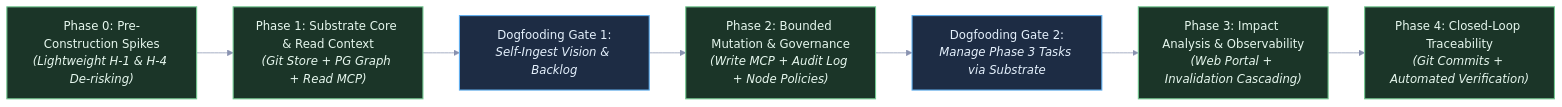
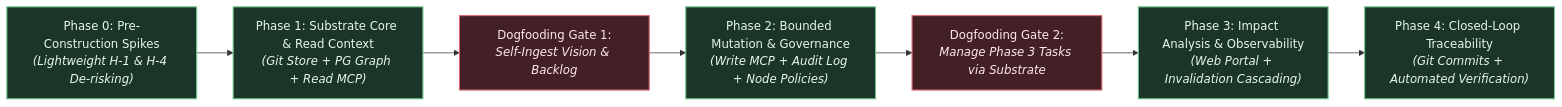
One commit to Shapedsundew9/tks changed the first of 3 diagrams in docs/vision/strategic-planning-backlog.md. Above: the diagram before and after it, drawn with Mermaid. The commit also changed other lines of this file and 8 other files, not shown here.

````diff
--- a/docs/vision/strategic-planning-backlog.md
+++ b/docs/vision/strategic-planning-backlog.md
@@ -33,31 +33,44 @@
 ```mermaid
 %%{init: {
   'theme': 'base',
   'themeVariables': {
     'darkMode': true,
     'background': '#161922',
     'mainBkg': '#1e2230',
     'nodeBorder': '#434c5e',
     'textColor': '#e2e8f0',
-    'fontFamily': 'ui-sans-serif, system-ui, sans-serif',
+    'fontFamily': 'ui-sans-serif, system-ui, -apple-system, BlinkMacSystemFont, "Segoe UI", Roboto, "Helvetica Neue", Arial, sans-serif',
+    'fontSize': '14px',
     'lineColor': '#8892b0',
-    'primaryColor': '#1b3528',
-    'primaryBorderColor': '#73c991',
-    'secondaryColor': '#1d2c44',
-    'secondaryBorderColor': '#61afef'
+    'primaryColor': '#422026',
+    'primaryTextColor': '#fde8ec',
+    'primaryBorderColor': '#e06c75',
+    'secondaryColor': '#1b3528',
+    'secondaryTextColor': '#e6f7ee',
+    'secondaryBorderColor': '#73c991',
+    'tertiaryColor': '#1d2c44',
+    'tertiaryTextColor': '#e4f0fc',
+    'tertiaryBorderColor': '#61afef',
+    'clusterBkg': '#13161f',
+    'clusterBorder': '#373e51',
+    'noteBkgColor': '#2e271a',
+    'noteTextColor': '#fdf4db',
+    'noteBorderColor': '#e5c07b',
+    'edgeLabelBackground': '#1a1d27'
   }
 }}%%
 flowchart LR
-    classDef phase fill:#1b3528,stroke:#73c991,stroke-width:1.5px,color:#e6f7ee;
-    classDef gate fill:#1d2c44,stroke:#61afef,stroke-width:1.5px,color:#e4f0fc;
+    classDef primary fill:#422026,stroke:#e06c75,stroke-width:1.5px,color:#fde8ec;
+    classDef secondary fill:#1b3528,stroke:#73c991,stroke-width:1.5px,color:#e6f7ee;
+    classDef tertiary fill:#1d2c44,stroke:#61afef,stroke-width:1.5px,color:#e4f0fc;
 
-    P0["Phase 0: Pre-Construction Spikes<br/><i>(Lightweight H-1 & H-4 De-risking)</i>"]:::phase
-    P1["Phase 1: Substrate Core & Read Context<br/><i>(Git Store + PG Graph + Read MCP)</i>"]:::phase
-    G1["Dogfooding Gate 1:<br/><i>Self-Ingest Vision & Backlog</i>"]:::gate
-    P2["Phase 2: Bounded Mutation & Governance<br/><i>(Write MCP + Audit Log + Node Policies)</i>"]:::phase
-    G2["Dogfooding Gate 2:<br/><i>Manage Phase 3 Tasks via Substrate</i>"]:::gate
-    P3["Phase 3: Impact Analysis & Observability<br/><i>(Web Portal + Invalidation Cascading)</i>"]:::phase
-    P4["Phase 4: Closed-Loop Traceability<br/><i>(Git Commits + Automated Verification)</i>"]:::phase
+    P0["Phase 0: Pre-Construction Spikes<br/><i>(Lightweight H-1 & H-4 De-risking)</i>"]:::secondary
+    P1["Phase 1: Substrate Core & Read Context<br/><i>(Git Store + PG Graph + Read MCP)</i>"]:::secondary
+    G1["Dogfooding Gate 1:<br/><i>Self-Ingest Vision & Backlog</i>"]:::primary
+    P2["Phase 2: Bounded Mutation & Governance<br/><i>(Write MCP + Audit Log + Node Policies)</i>"]:::secondary
+    G2["Dogfooding Gate 2:<br/><i>Manage Phase 3 Tasks via Substrate</i>"]:::primary
+    P3["Phase 3: Impact Analysis & Observability<br/><i>(Web Portal + Invalidation Cascading)</i>"]:::secondary
+    P4["Phase 4: Closed-Loop Traceability<br/><i>(Git Commits + Automated Verification)</i>"]:::secondary
 
     P0 --> P1 --> G1 --> P2 --> G2 --> P3 --> P4
 ```
````
